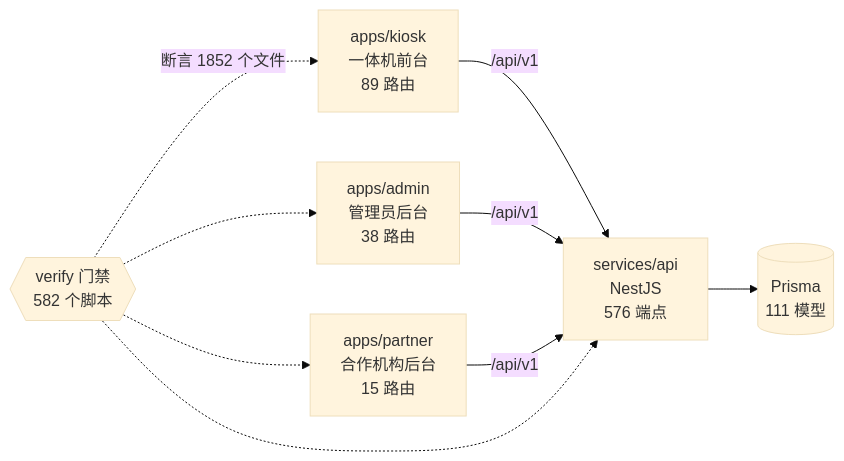
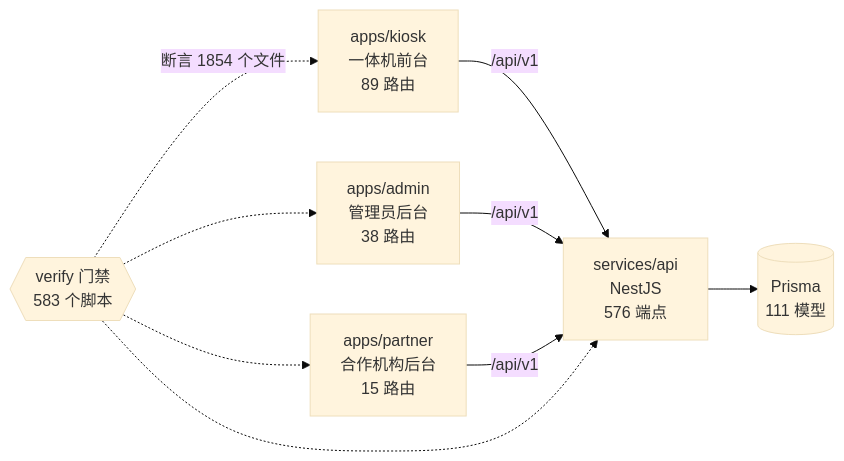
One commit to wanglei581/YITIJI changed the diagram in docs/graph/README.md. Above: the diagram before and after it, drawn with Mermaid (base theme). The commit also changed other lines of this file and 1 other file, not shown here.

Commit message:
chore(graph): 并候选后重生图谱

````diff
--- a/docs/graph/README.md
+++ b/docs/graph/README.md
@@ -68,18 +68,18 @@
 ```mermaid
 flowchart LR
   kiosk["apps/kiosk<br/>一体机前台<br/>89 路由"]
   admin["apps/admin<br/>管理员后台<br/>38 路由"]
   partner["apps/partner<br/>合作机构后台<br/>15 路由"]
   api["services/api<br/>NestJS<br/>576 端点"]
   db[("Prisma<br/>111 模型")]
-  gates{{"verify 门禁<br/>582 个脚本"}}
+  gates{{"verify 门禁<br/>583 个脚本"}}
 
   kiosk -->|"/api/v1"| api
   admin -->|"/api/v1"| api
   partner -->|"/api/v1"| api
   api --> db
-  gates -.->|"断言 1852 个文件"| kiosk
+  gates -.->|"断言 1854 个文件"| kiosk
   gates -.-> admin
   gates -.-> partner
   gates -.-> api
 ```
````
